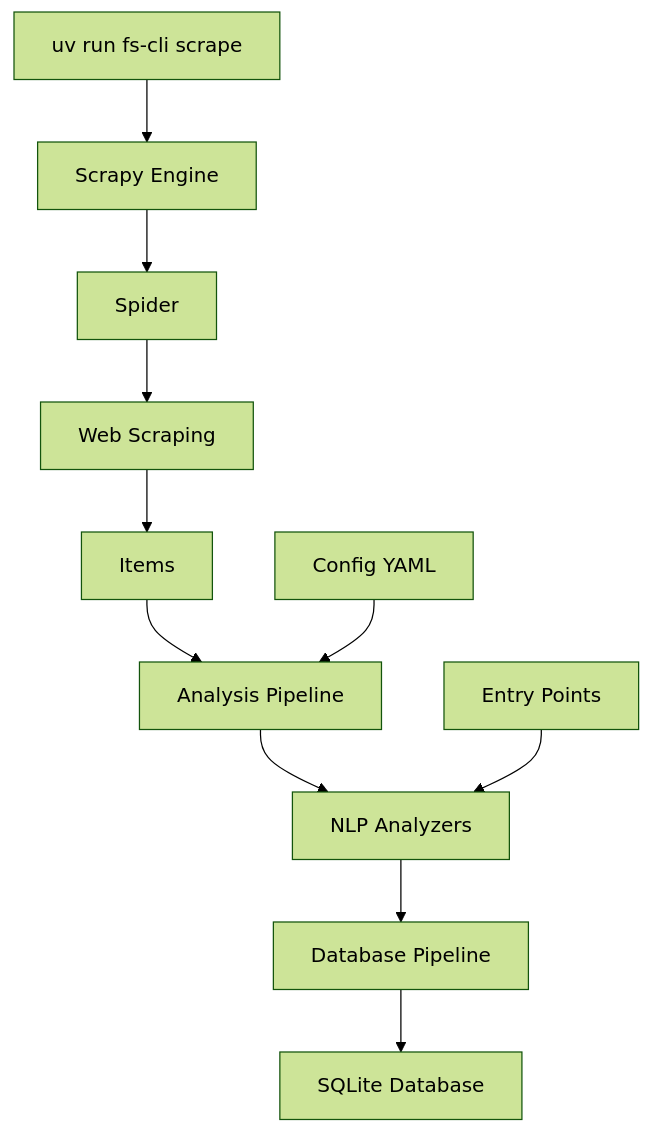
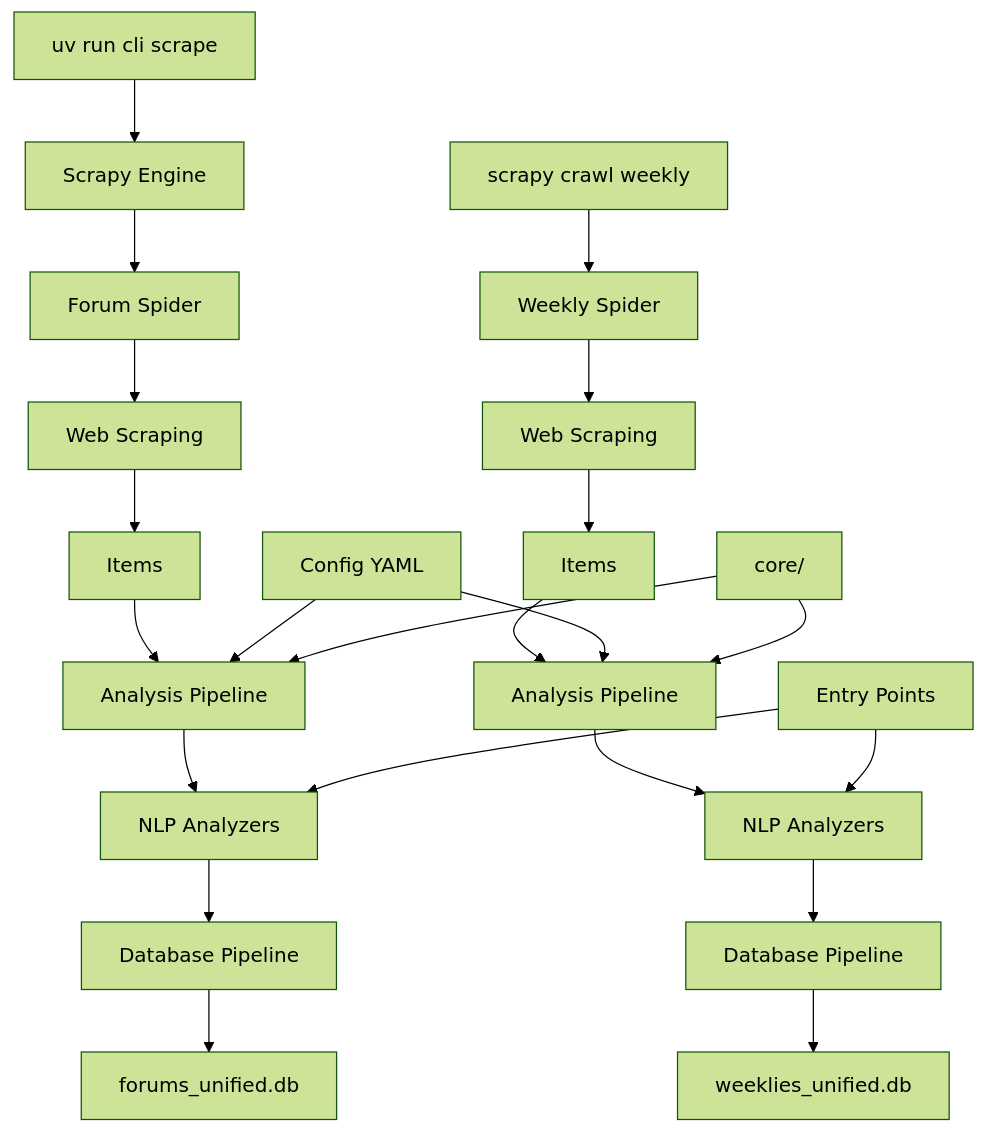
Before and after one commit to alblesniak/forums_scraper: the diagram in README.md, drawn with Mermaid (forest theme). The commit also changed other lines of this file and 41 other files, not shown here.

````diff
--- a/README.md
+++ b/README.md
@@ -1525,14 +1735,26 @@
 ```mermaid
 graph TD
-    A[uv run fs-cli scrape] --> B[Scrapy Engine]
-    B --> C[Spider]
+    A[uv run cli scrape] --> B[Scrapy Engine]
+    B --> C[Forum Spider]
     C --> D[Web Scraping]
     D --> E[Items]
     E --> F[Analysis Pipeline]
     F --> G[NLP Analyzers]
     G --> H[Database Pipeline]
-    H --> I[SQLite Database]
+    H --> I[forums_unified.db]
 
-    J[Config YAML] --> F
-    K[Entry Points] --> G
+    J[scrapy crawl weekly] --> K[Weekly Spider]
+    K --> L[Web Scraping]
+    L --> M[Items]
+    M --> N[Analysis Pipeline]
+    N --> O[NLP Analyzers]
+    O --> P[Database Pipeline]
+    P --> Q[weeklies_unified.db]
+
+    R[Config YAML] --> F
+    R --> N
+    S[Entry Points] --> G
+    S --> O
+    T[core/] --> F
+    T --> N
 ```
````
